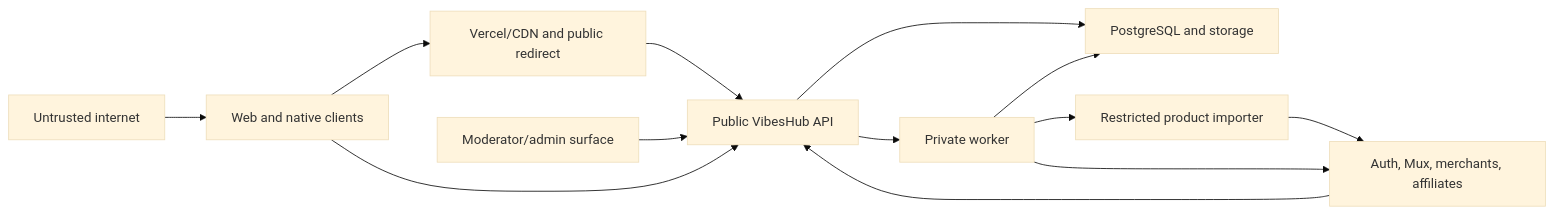
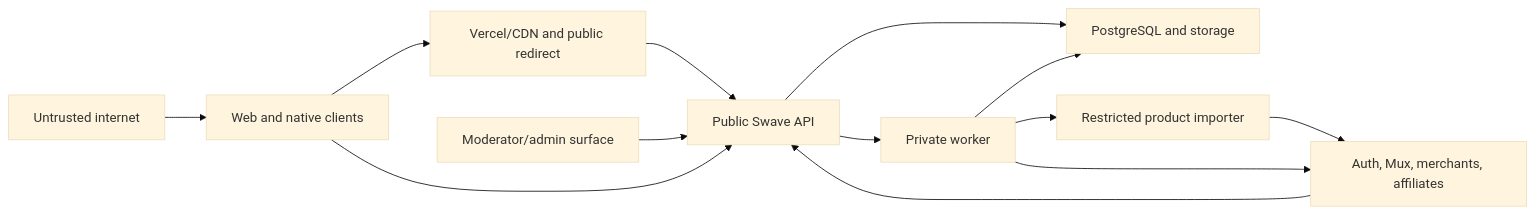
One commit to omriweinsteinPersonal/VibesHub changed the diagram in docs/architecture/07-security-boundaries.md. Above: the diagram before and after it, drawn with Mermaid (base theme). The commit also changed other lines of this file and 57 other files, not shown here.

````diff
--- a/docs/architecture/07-security-boundaries.md
+++ b/docs/architecture/07-security-boundaries.md
@@ -23,25 +23,25 @@
 ```mermaid
 flowchart LR
     Internet[Untrusted internet]
     Clients[Web and native clients]
     Edge[Vercel/CDN and public redirect]
-    API[Public VibesHub API]
+    API[Public Swave API]
     Worker[Private worker]
     Importer[Restricted product importer]
     Data[PostgreSQL and storage]
     Providers[Auth, Mux, merchants, affiliates]
     Staff[Moderator/admin surface]
 
     Internet --> Clients
     Clients --> Edge
     Clients --> API
     Staff --> API
     Edge --> API
     API --> Data
     API --> Worker
     Worker --> Data
     Worker --> Importer
     Importer --> Providers
     Worker --> Providers
     Providers --> API
 ```
````
